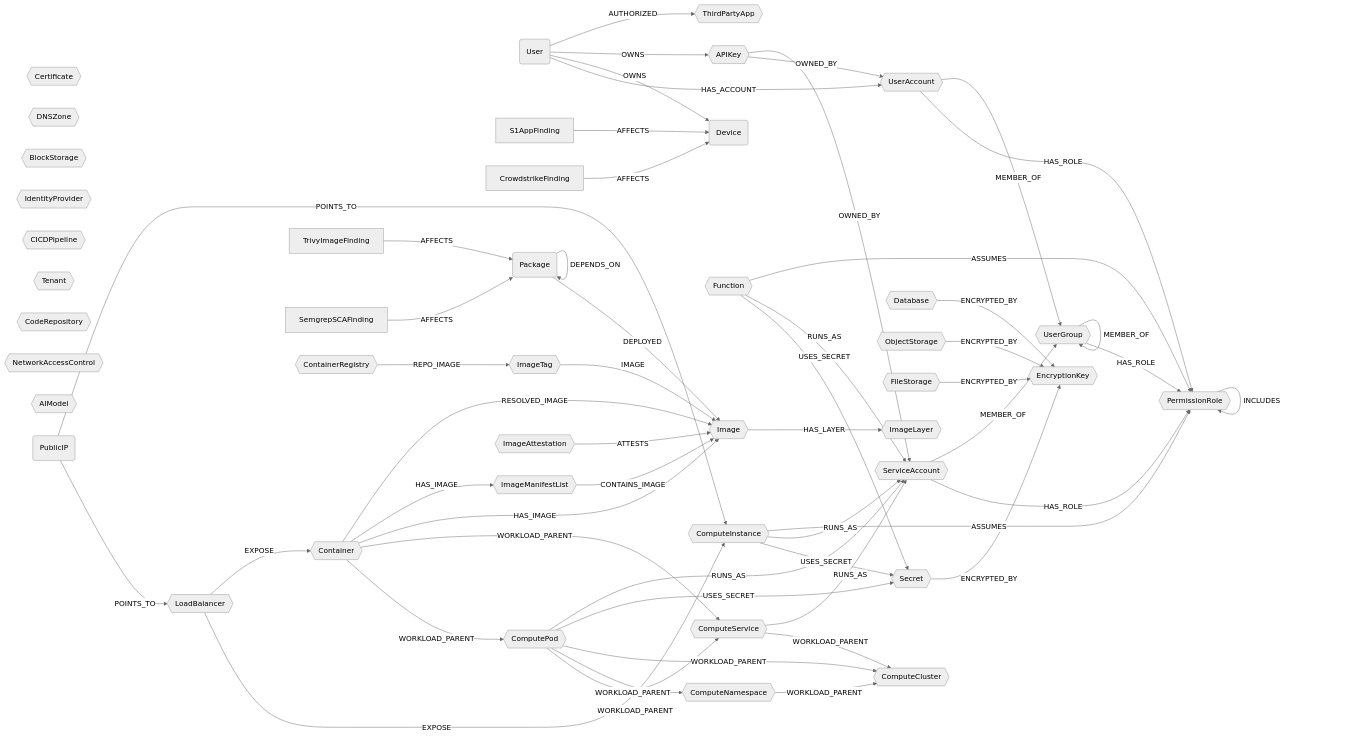
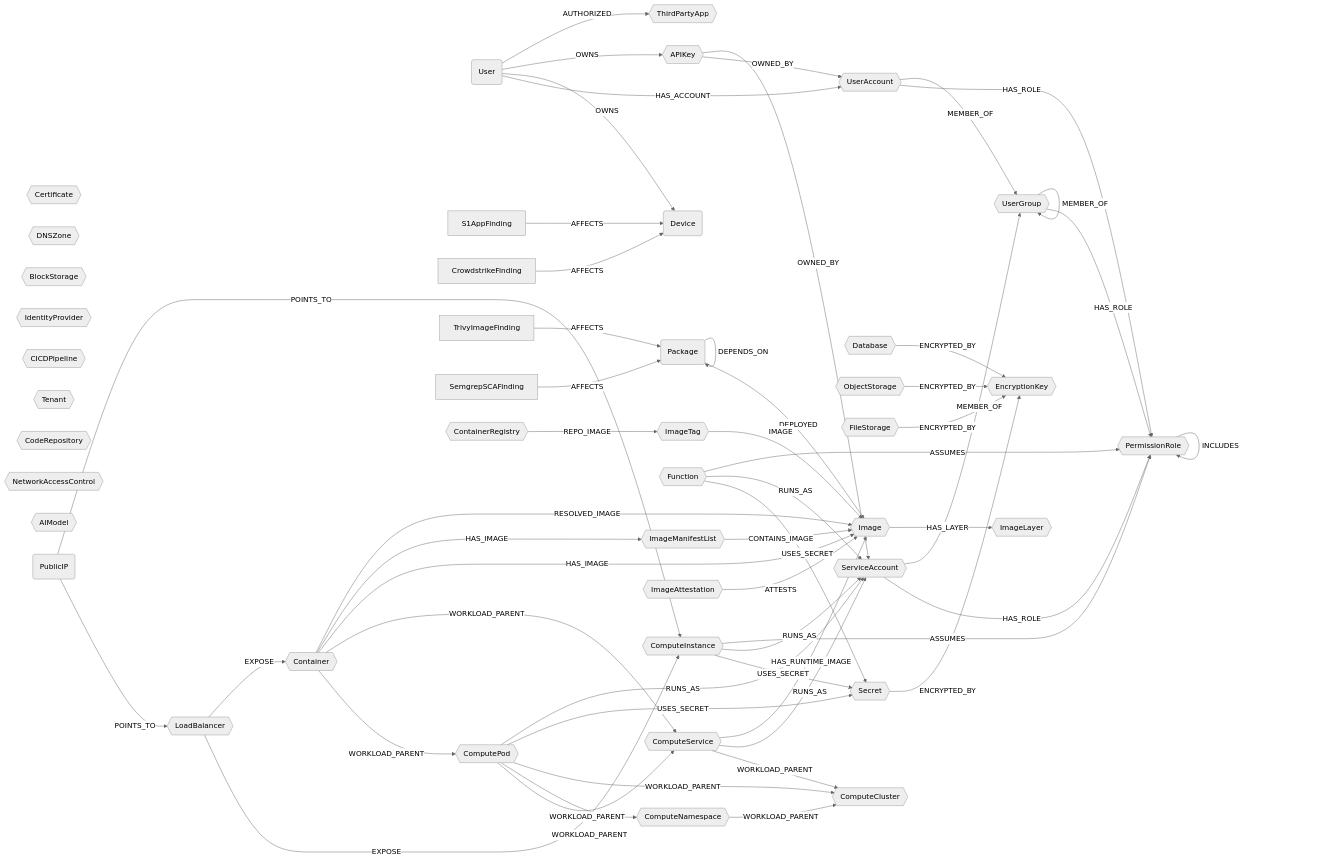
One commit to sec-js/cartography changed the diagram in docs/root/modules/ontology/schema.md. Above: the diagram before and after it, drawn with Mermaid (neutral theme). The commit also changed other lines of this file and 4 other files, not shown here.

````diff
--- a/docs/root/modules/ontology/schema.md
+++ b/docs/root/modules/ontology/schema.md
@@ -6,77 +6,78 @@
 ```mermaid
 graph LR
 
 U(User) -- HAS_ACCOUNT --> UA{{UserAccount}}
 U -- OWNS --> CC(Device)
 SAF[S1AppFinding] -- AFFECTS --> CC
 CSF[CrowdstrikeFinding] -- AFFECTS --> CC
 U -- OWNS --> AK{{APIKey}}
 U -- AUTHORIZED --> OA{{ThirdPartyApp}}
 UG{{UserGroup}}
 SA{{ServiceAccount}}
 CERT{{Certificate}}
 LB{{LoadBalancer}} -- EXPOSE --> CI{{ComputeInstance}}
 LB{{LoadBalancer}} -- EXPOSE --> CT{{Container}}
 CL{{ComputeCluster}}
 CS{{ComputeService}}
 CNS{{ComputeNamespace}}
 CP{{ComputePod}}
 CT -- WORKLOAD_PARENT --> CP
 CT -- WORKLOAD_PARENT --> CS
 CP -- WORKLOAD_PARENT --> CS
 CP -- WORKLOAD_PARENT --> CNS
 CP -- WORKLOAD_PARENT --> CL
 CS -- WORKLOAD_PARENT --> CL
 CNS -- WORKLOAD_PARENT --> CL
 DB{{Database}}
 DZ{{DNSZone}}
 OS{{ObjectStorage}}
 FS{{FileStorage}}
 BS{{BlockStorage}}
 IDP{{IdentityProvider}}
 CICD{{CICDPipeline}}
 TN{{Tenant}}
 FN{{Function}}
 REPO{{CodeRepository}}
 SC{{Secret}}
 EK{{EncryptionKey}}
 SC -- ENCRYPTED_BY --> EK
 DB -- ENCRYPTED_BY --> EK
 OS -- ENCRYPTED_BY --> EK
 FS -- ENCRYPTED_BY --> EK
 CP -- USES_SECRET --> SC
 FN -- USES_SECRET --> SC
 CI -- USES_SECRET --> SC
 PR{{PermissionRole}}
 UA -- HAS_ROLE --> PR
 SA -- HAS_ROLE --> PR
 UG -- HAS_ROLE --> PR
 PR -- INCLUDES --> PR
 UA -- MEMBER_OF --> UG
 SA -- MEMBER_OF --> UG
 UG -- MEMBER_OF --> UG
 AK -- OWNED_BY --> UA
 AK -- OWNED_BY --> SA
 CI -- RUNS_AS --> SA
 CP -- RUNS_AS --> SA
 FN -- RUNS_AS --> SA
 CS -- RUNS_AS --> SA
 CI -- ASSUMES --> PR
 FN -- ASSUMES --> PR
 NAC{{NetworkAccessControl}}
 AIM{{AIModel}}
 PIP(PublicIP) -- POINTS_TO --> LB
 PIP -- POINTS_TO --> CI
 PKG(Package) -- DEPLOYED --> IM{{Image}}
 PKG -- DEPENDS_ON --> PKG
 F[TrivyImageFinding] -- AFFECTS --> PKG
 SCA[SemgrepSCAFinding] -- AFFECTS --> PKG
 CR{{ContainerRegistry}} -- REPO_IMAGE --> IT{{ImageTag}}
 IT -- IMAGE --> IM
 IML{{ImageManifestList}} -- CONTAINS_IMAGE --> IM
 IA{{ImageAttestation}} -- ATTESTS --> IM
 IM -- HAS_LAYER --> IL{{ImageLayer}}
 CT -- HAS_IMAGE --> IM
 CT -- HAS_IMAGE --> IML
 CT -- RESOLVED_IMAGE --> IM
+CS -- HAS_RUNTIME_IMAGE --> IM
 ```
````
